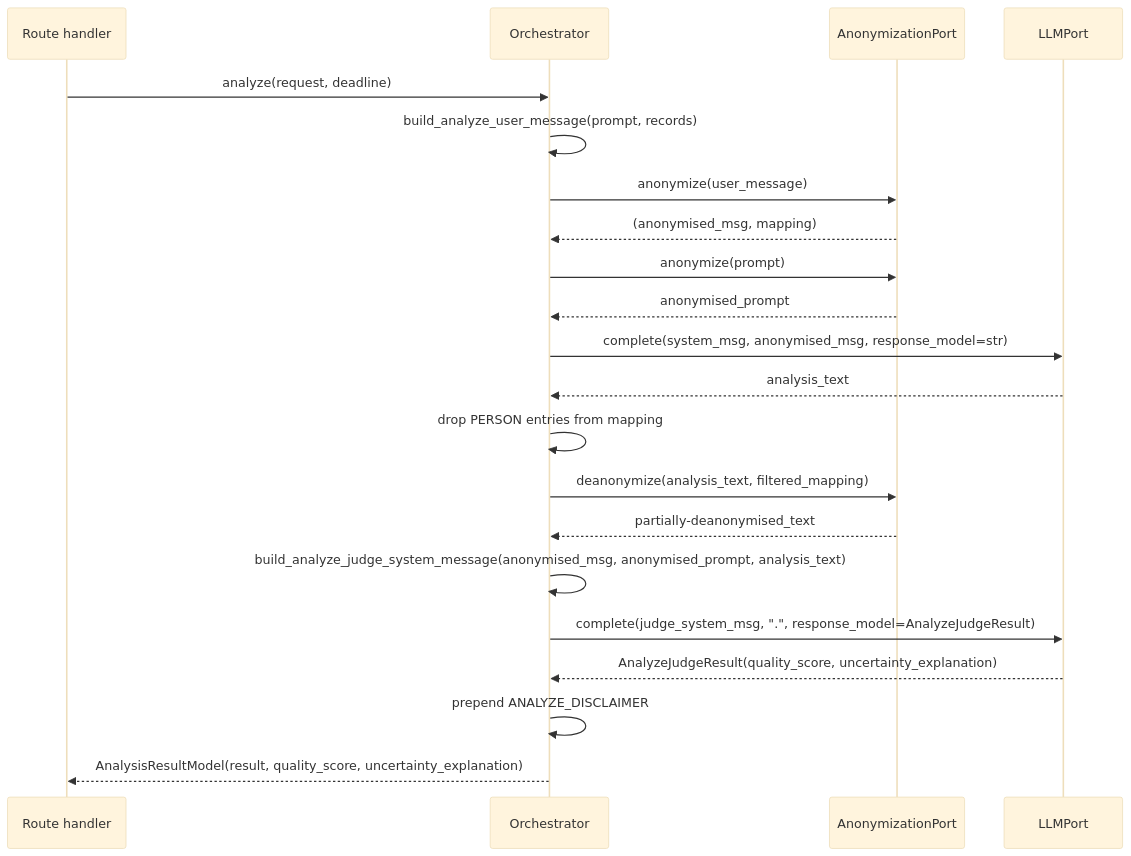
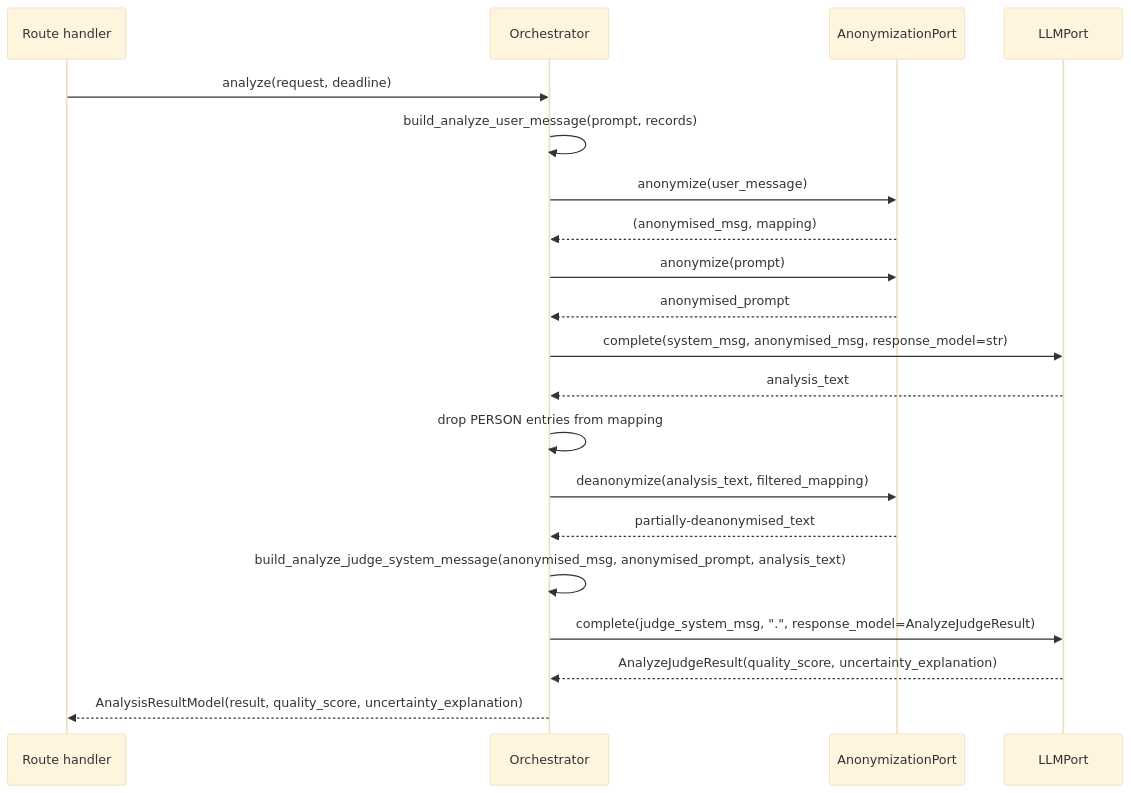
The diagram in docs/architecture/06-prompt-envelope.md (rodekruis/qualitative-feedback-analysis), drawn with Mermaid (base theme) before and after one commit. The commit also changed other lines of this file and 11 other files, not shown here.

First line of the commit message:
fix(analyze): remove AI disclaimer from analyze-bulk response

````diff
--- a/docs/architecture/06-prompt-envelope.md
+++ b/docs/architecture/06-prompt-envelope.md
@@ -146,24 +135,23 @@
 ```mermaid
 sequenceDiagram
     participant route as Route handler
     participant orch as Orchestrator
     participant anon as AnonymizationPort
     participant llm as LLMPort
 
     route->>orch: analyze(request, deadline)
     orch->>orch: build_analyze_user_message(prompt, records)
     orch->>anon: anonymize(user_message)
     anon-->>orch: (anonymised_msg, mapping)
     orch->>anon: anonymize(prompt)
     anon-->>orch: anonymised_prompt
     orch->>llm: complete(system_msg, anonymised_msg, response_model=str)
     llm-->>orch: analysis_text
     orch->>orch: drop PERSON entries from mapping
     orch->>anon: deanonymize(analysis_text, filtered_mapping)
     anon-->>orch: partially-deanonymised_text
     orch->>orch: build_analyze_judge_system_message(anonymised_msg, anonymised_prompt, analysis_text)
     orch->>llm: complete(judge_system_msg, ".", response_model=AnalyzeJudgeResult)
     llm-->>orch: AnalyzeJudgeResult(quality_score, uncertainty_explanation)
-    orch->>orch: prepend ANALYZE_DISCLAIMER
     orch-->>route: AnalysisResultModel(result, quality_score, uncertainty_explanation)
 ```
````
